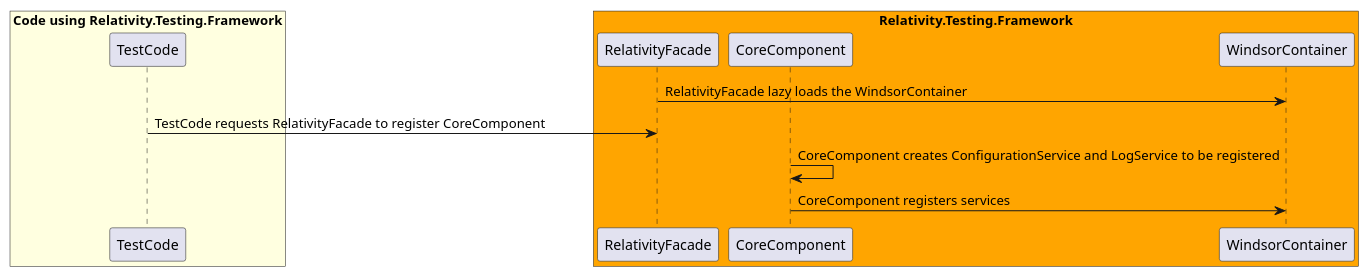
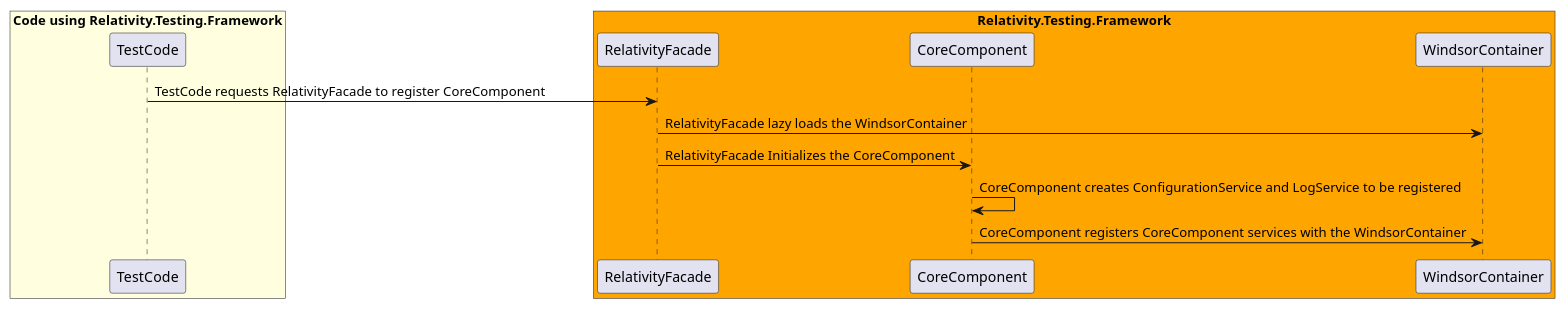
Before and after one commit to relativitydev/relativity.testing.framework: the diagram in docs/dev/SequenceDiagrams/UMLFiles/CoreComponent.iuml, drawn with PlantUML.

Commit message:
TESTENG-1465: Fix call order in CoreComponent Sequence

```diff
--- a/docs/dev/SequenceDiagrams/UMLFiles/CoreComponent.iuml
+++ b/docs/dev/SequenceDiagrams/UMLFiles/CoreComponent.iuml
@@ -1,18 +1,19 @@
 @startuml Relativity.Testing.Framework CoreComponent Sequence Diagram
 
 box "Code using Relativity.Testing.Framework" #LightYellow
 participant "TestCode"
 end box
 
 box "Relativity.Testing.Framework" #Orange
 participant "RelativityFacade"
 participant "CoreComponent"
 participant "WindsorContainer"
 end box
 
+"TestCode" -> "RelativityFacade" : TestCode requests RelativityFacade to register CoreComponent
 "RelativityFacade" -> "WindsorContainer" : RelativityFacade lazy loads the WindsorContainer
-"TestCode" -> "RelativityFacade" : TestCode requests RelativityFacade to register CoreComponent
+"RelativityFacade" -> "CoreComponent" : RelativityFacade Initializes the CoreComponent
 "CoreComponent" -> "CoreComponent" : CoreComponent creates ConfigurationService and LogService to be registered
-"CoreComponent" -> "WindsorContainer" : CoreComponent registers services
+"CoreComponent" -> "WindsorContainer" : CoreComponent registers CoreComponent services with the WindsorContainer
 
 @enduml
```
